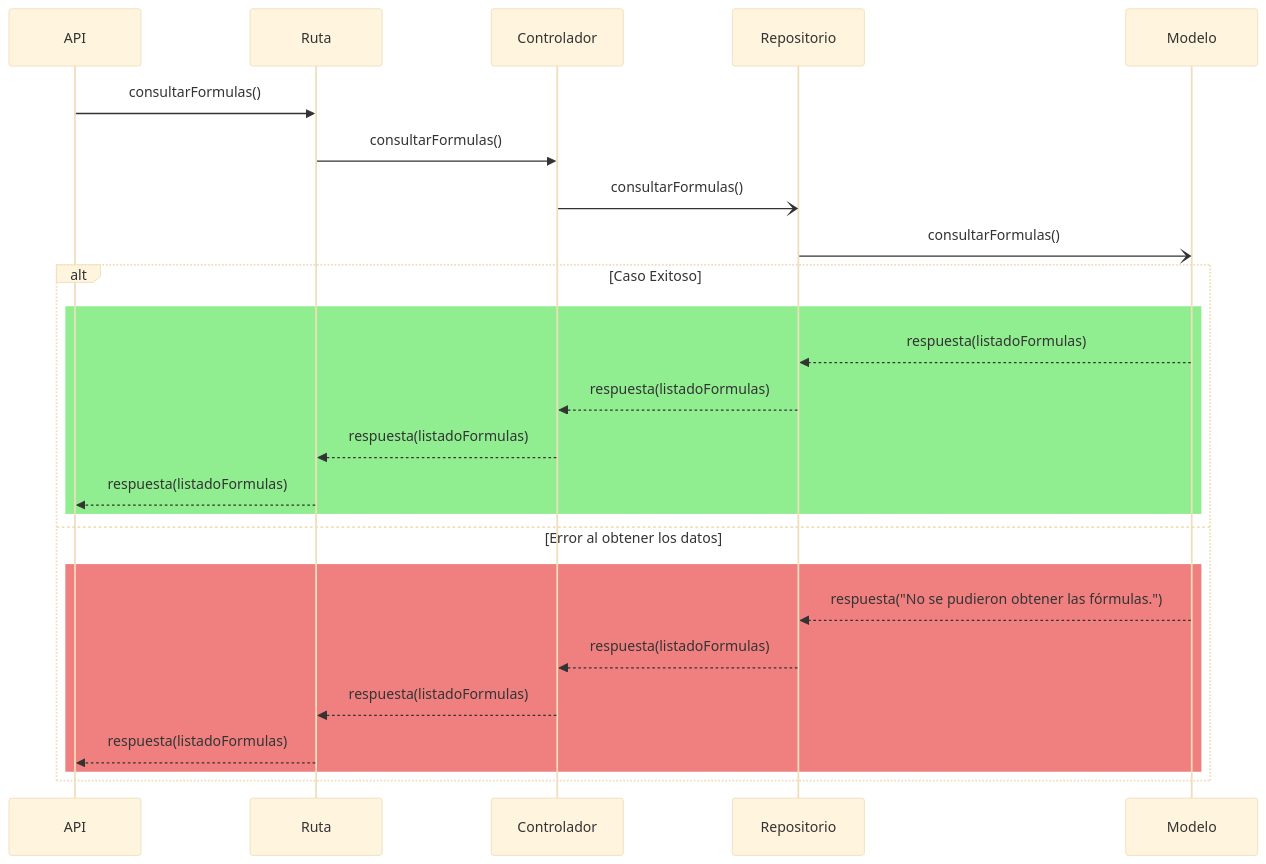
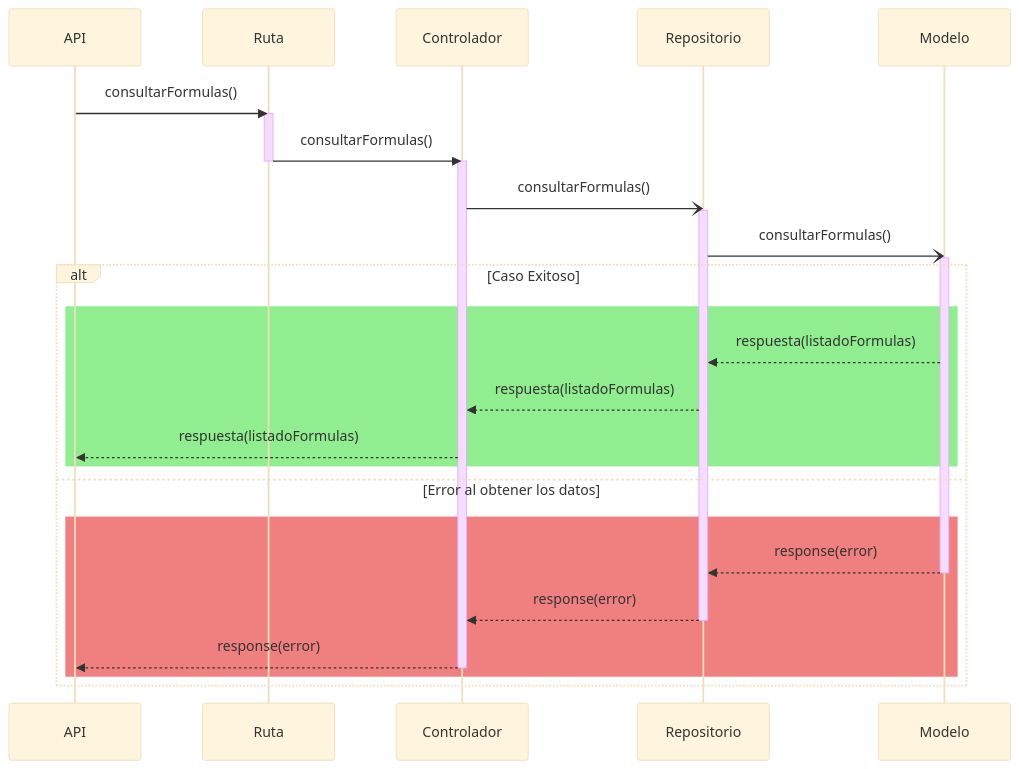
The second of 2 diagrams in documentation/docs/proyectos/tractores/documentacion/requisitos/RF76.md (CodeAnd-Co/Documentacion), drawn with Mermaid (base theme) before and after one commit. The commit also changed other lines of this file, not shown here.

Commit message:
Corregir diagrama de Backend en RF76

````diff
--- a/documentation/docs/proyectos/tractores/documentacion/requisitos/RF76.md
+++ b/documentation/docs/proyectos/tractores/documentacion/requisitos/RF76.md
@@ -70,29 +69,35 @@
 ```mermaid
 sequenceDiagram
     participant API
     participant Ruta
     participant Controlador
     participant Repositorio
     participant Modelo
 
     API ->> Ruta: consultarFormulas()
+    activate Ruta
     Ruta ->> Controlador: consultarFormulas()
+    deactivate Ruta
+    activate Controlador
     Controlador -) Repositorio: consultarFormulas()
+    activate Repositorio
     Repositorio -) Modelo: consultarFormulas()
+    activate Modelo
     alt Caso Exitoso
         rect Lightgreen
         Modelo -->> Repositorio: respuesta(listadoFormulas)
         Repositorio -->> Controlador: respuesta(listadoFormulas)
-        Controlador -->> Ruta: respuesta(listadoFormulas)
-        Ruta -->> API: respuesta(listadoFormulas)
+        Controlador -->> API: respuesta(listadoFormulas)
         end
     else Error al obtener los datos
         rect Lightcoral
-        Modelo -->> Repositorio: respuesta("No se pudieron obtener las fórmulas.")
-        Repositorio -->> Controlador: respuesta(listadoFormulas)
-        Controlador -->> Ruta: respuesta(listadoFormulas)
-        Ruta -->> API: respuesta(listadoFormulas)
+        Modelo -->> Repositorio: response(error)
+        deactivate Modelo
+        Repositorio -->> Controlador: response(error)
+        deactivate Repositorio
+        Controlador -->> API: response(error)
+        deactivate Controlador
         end
     end
 
 ```
````
